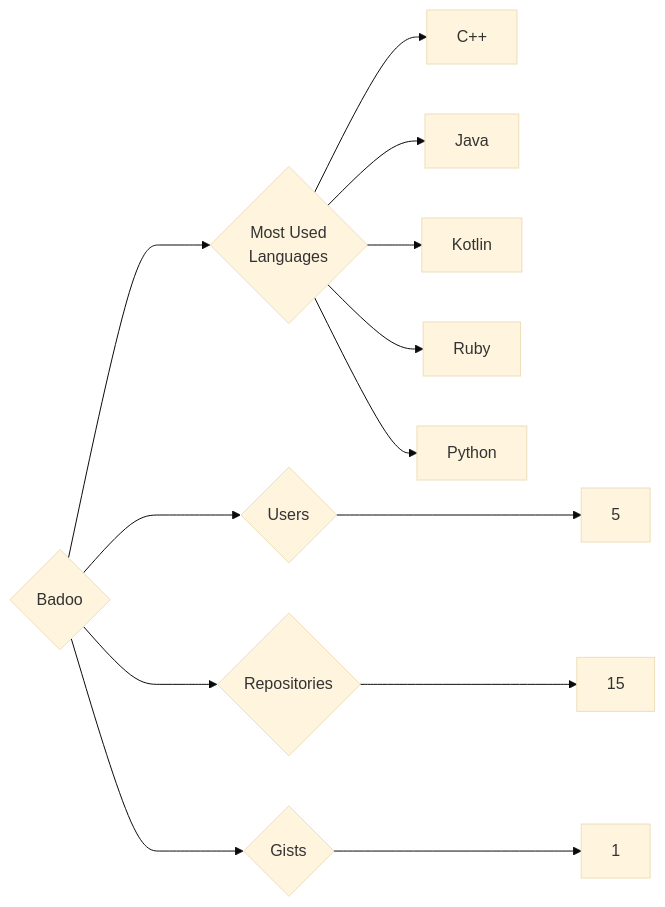
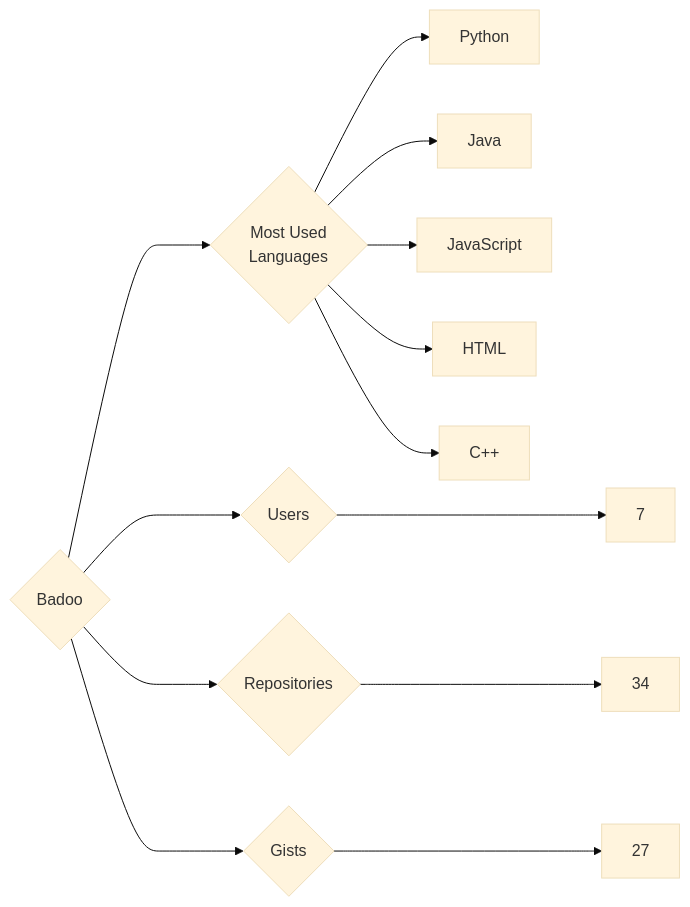
Before and after one commit to trickest/insiders: the diagram in targets/Badoo/README.md, drawn with Mermaid (base theme). The commit also changed 1092 other files, not shown here.

````diff
--- a/targets/Badoo/README.md
+++ b/targets/Badoo/README.md
@@ -3,13 +3,13 @@
 ```mermaid
 graph LR
 COMPANY_NAME{Badoo}
-COMPANY_NAME ---> U{Users} ---> UN[5]
-COMPANY_NAME ---> R{Repositories} ---> RN[15]
-COMPANY_NAME ---> G{Gists} ---> GN[1]
+COMPANY_NAME ---> U{Users} ---> UN[7]
+COMPANY_NAME ---> R{Repositories} ---> RN[34]
+COMPANY_NAME ---> G{Gists} ---> GN[27]
 COMPANY_NAME ---> ML{Most Used<br>Languages}
+ML --> Python[Python]
+ML --> Java[Java]
+ML --> JavaScript[JavaScript]
+ML --> HTML[HTML]
 ML --> C++[C++]
-ML --> Java[Java]
-ML --> Kotlin[Kotlin]
-ML --> Ruby[Ruby]
-ML --> Python[Python]
 ```
````
